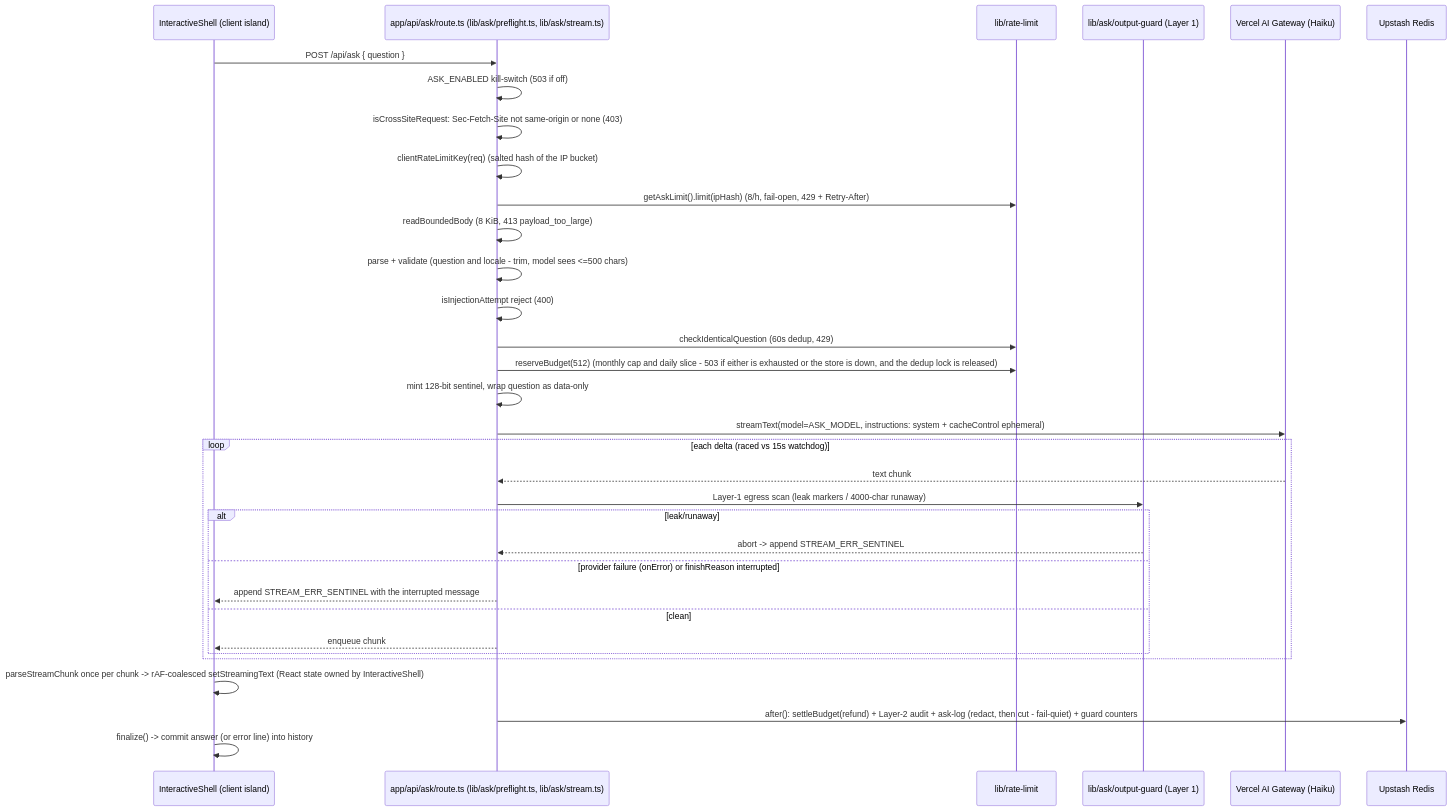
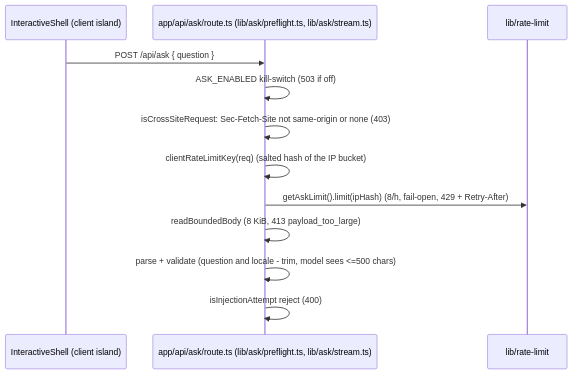
The seventh of 14 diagrams in docs/03-rendering-and-data-flow.md (erikunha/portfolio), drawn with Mermaid before and after one commit. The commit also changed other lines of this file and 75 other files, not shown here.

````diff
--- a/docs/03-rendering-and-data-flow.md
+++ b/docs/03-rendering-and-data-flow.md
@@ -134,36 +164,15 @@
 ```mermaid
 sequenceDiagram
     participant U as InteractiveShell (client island)
     participant R as app/api/ask/route.ts (lib/ask/preflight.ts, lib/ask/stream.ts)
     participant RL as lib/rate-limit
-    participant G as lib/ask/output-guard (Layer 1)
-    participant AI as Vercel AI Gateway (Haiku)
-    participant KV as Upstash Redis
 
     U->>R: POST /api/ask { question }
     R->>R: ASK_ENABLED kill-switch (503 if off)
     R->>R: isCrossSiteRequest: Sec-Fetch-Site not same-origin or none (403)
     R->>R: clientRateLimitKey(req)  (salted hash of the IP bucket)
     R->>RL: getAskLimit().limit(ipHash)  (8/h, fail-open, 429 + Retry-After)
     R->>R: readBoundedBody (8 KiB, 413 payload_too_large)
     R->>R: parse + validate (question and locale - trim, model sees <=500 chars)
     R->>R: isInjectionAttempt reject (400)
-    R->>RL: checkIdenticalQuestion (60s dedup, 429)
-    R->>RL: reserveBudget(512)  (monthly cap and daily slice - 503 if either is exhausted or the store is down, and the dedup lock is released)
-    R->>R: mint 128-bit sentinel, wrap question as data-only
-    R->>AI: streamText(model=ASK_MODEL, instructions: system + cacheControl ephemeral)
-    loop each delta (raced vs 15s watchdog)
-        AI-->>R: text chunk
-        R->>G: Layer-1 egress scan (leak markers / 4000-char runaway)
-        alt leak/runaway
-            G-->>R: abort -> append STREAM_ERR_SENTINEL
-        else provider failure (onError) or finishReason interrupted
-            R-->>U: append STREAM_ERR_SENTINEL with the interrupted message
-        else clean
-            R-->>U: enqueue chunk
-        end
-    end
-    U->>U: parseStreamChunk once per chunk -> rAF-coalesced setStreamingText (React state owned by InteractiveShell)
-    R->>KV: after(): settleBudget(refund) + Layer-2 audit + ask-log (redact, then cut - fail-quiet) + guard counters
-    U->>U: finalize() -> commit answer (or error line) into history
 ```
````
